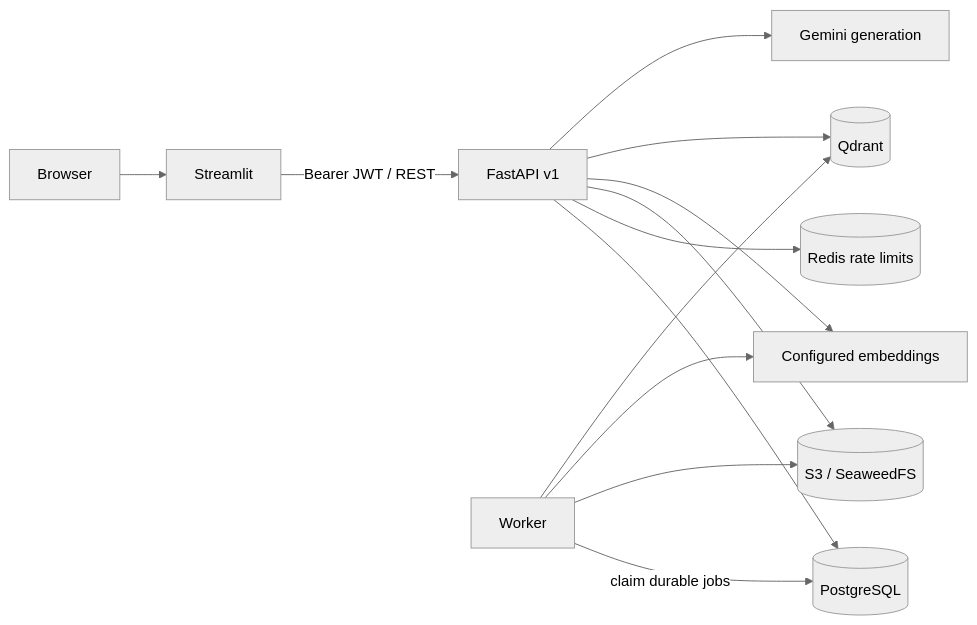
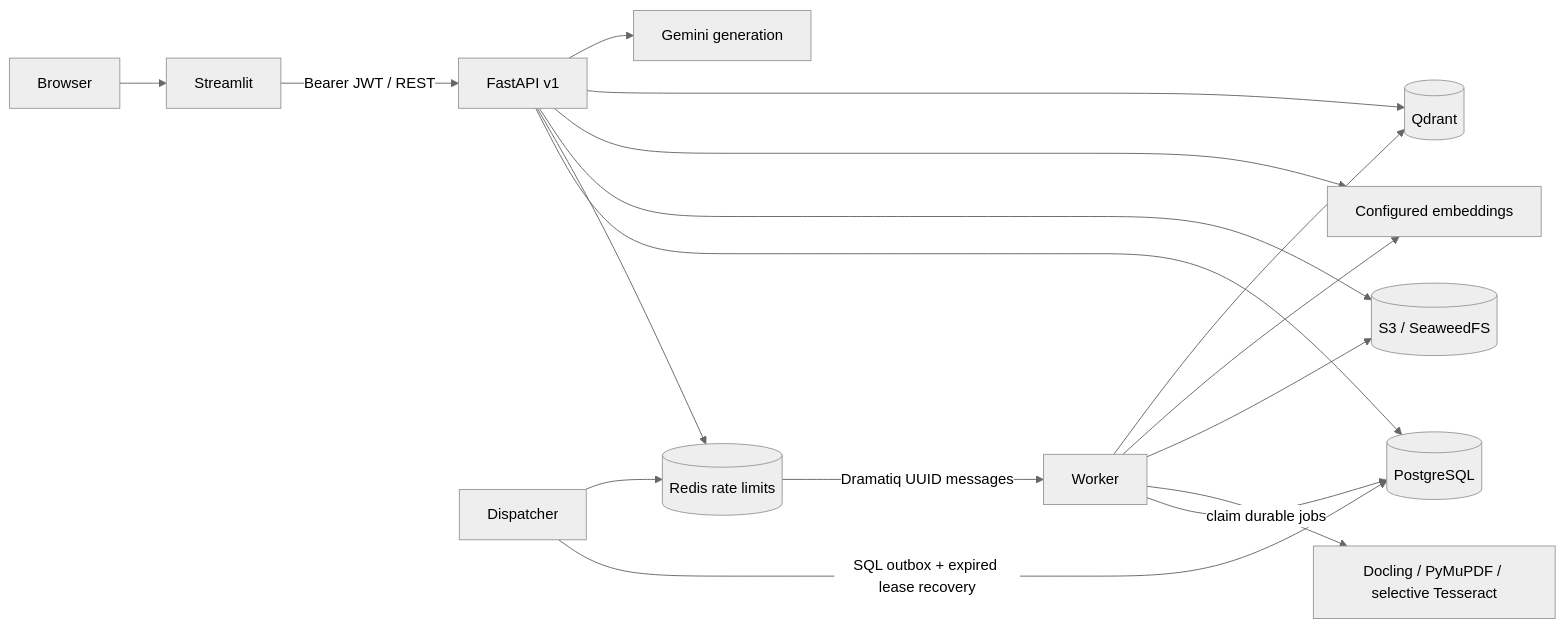
Before and after one commit to ShikharSingh7985/SmartRAGPro: the diagram in docs/architecture/system-design.md, drawn with Mermaid (neutral theme). The commit also changed other lines of this file and 41 other files, not shown here.

````diff
--- a/docs/architecture/system-design.md
+++ b/docs/architecture/system-design.md
@@ -8,15 +13,19 @@
 ```mermaid
 flowchart LR
     Browser --> Streamlit
     Streamlit -->|Bearer JWT / REST| API[FastAPI v1]
     API --> Postgres[(PostgreSQL)]
     API --> Redis[(Redis rate limits)]
     API --> S3[(S3 / SeaweedFS)]
     Worker -->|claim durable jobs| Postgres
+    Dispatcher -->|SQL outbox + expired lease recovery| Postgres
+    Dispatcher --> Redis
+    Redis -->|Dramatiq UUID messages| Worker
+    Worker --> Docling[Docling / PyMuPDF / selective Tesseract]
     Worker --> S3
     Worker --> Embeddings[Configured embeddings]
     Worker --> Qdrant[(Qdrant)]
     API --> Embeddings
     API --> Qdrant
     API --> Gemini[Gemini generation]
 ```
````
